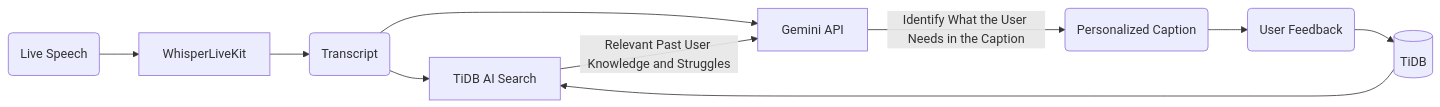
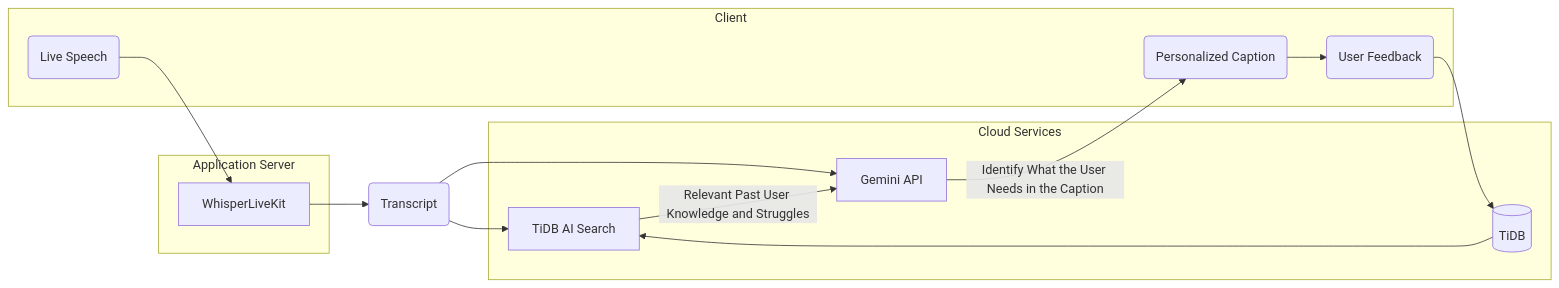
The diagram in ARCHITECTURE.md (Noisymarc/STORMHACKS-2026), drawn with Mermaid before and after one commit. The commit also changed other lines of this file, not shown here.

````diff
--- a/ARCHITECTURE.md
+++ b/ARCHITECTURE.md
@@ -3,25 +3,31 @@
 ```mermaid
 flowchart LR
-    A(Live Speech)
-    B[WhisperLiveKit]
+    subgraph Client
+        A(Live Speech)
+        F(Personalized Caption)
+        G(User Feedback)
+    end
+    subgraph Application Server
+        B[WhisperLiveKit]
+    end
     C(Transcript)
-    D[TiDB AI Search]
-    E[Gemini API]
-    F(Personalized Caption)
-    G(User Feedback)
-    H[(TiDB)]
+    subgraph Cloud Services
+        D[TiDB AI Search]
+        E[Gemini API]
+        H[(TiDB)]
+    end
     
     A --> B
     B --> C
 
     C --> D
 
     C --> E
     D -->|Relevant Past User Knowledge and Struggles| E
 
     E -->|Identify What the User Needs in the Caption| F
     F --> G
 
     G --> H
     H --> D 
 ```
````
